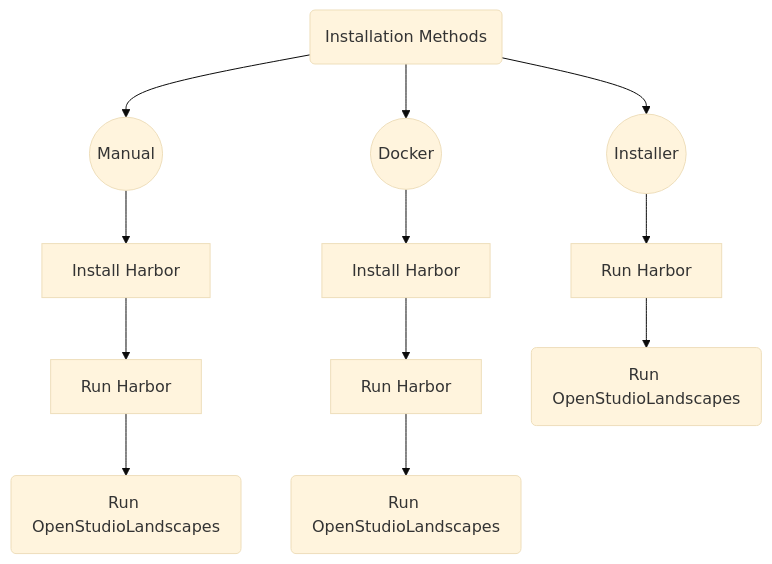
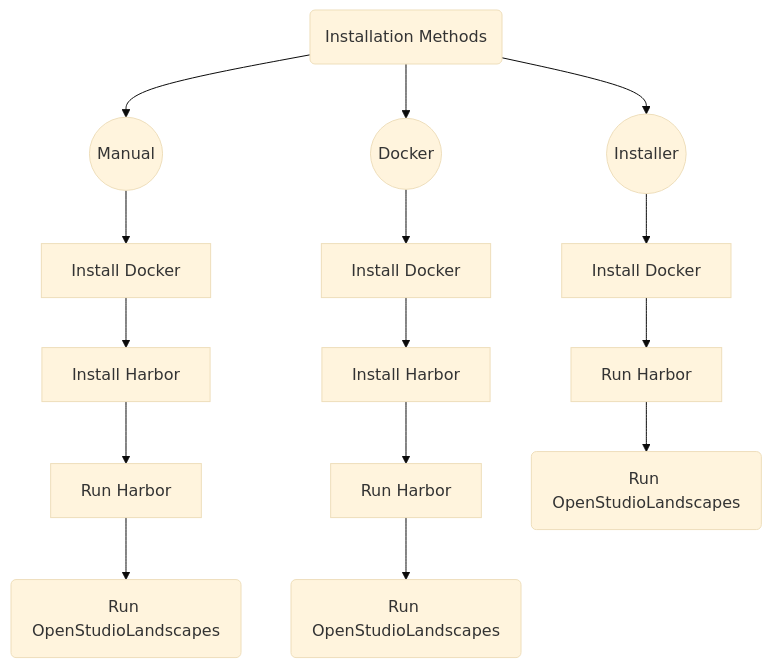
Before and after one commit to michimussato/OpenStudioLandscapes: the diagram in wiki/installation/installation_methods.md, drawn with Mermaid (base theme).

Commit message:
refactor

````diff
--- a/wiki/installation/installation_methods.md
+++ b/wiki/installation/installation_methods.md
@@ -11,42 +11,49 @@
 ```mermaid
 graph TB
     installation_methods(Installation Methods)
     manual((Manual))
     click manual href "https://github.com/michimussato/OpenStudioLandscapes/blob/main/wiki/installation/basic_installation.md#basic-installation"
     docker((Docker))
-    %% click docker href ""
+    click docker href "https://github.com/michimussato/OpenStudioLandscapes/blob/main/wiki/installation/basic_installation.md#install-docker"
     installer_script((Installer))
     click installer_script href "https://github.com/michimussato/OpenStudioLandscapes/blob/main/wiki/installation/basic_installation_from_script.md"
     installation_methods --> manual
     installation_methods --> docker
     installation_methods --> installer_script
+
+    install_docker_manual[Install Docker]
+    click install_docker_manual href "https://github.com/michimussato/OpenStudioLandscapes/blob/main/wiki/installation/basic_installation.md#install-docker"
+    install_docker_docker[Install Docker]
+    click install_docker_docker href "https://github.com/michimussato/OpenStudioLandscapes/blob/main/wiki/installation/basic_installation.md#install-docker"
+    install_docker_script[Install Docker]
+    click install_docker_script href "https://github.com/michimussato/OpenStudioLandscapes/blob/main/wiki/installation/basic_installation.md#install-docker"
     
     install_harbor_manual[Install Harbor]
     click install_harbor_manual href "https://github.com/michimussato/OpenStudioLandscapes/blob/main/wiki/installation/basic_installation.md#harbor"
     install_harbor_docker[Install Harbor]
     click install_harbor_docker href "https://github.com/michimussato/OpenStudioLandscapes/blob/main/wiki/installation/basic_installation.md#harbor"
     %% install_harbor_script[Install Harbor]
     %% click install_harbor_script href "https://github.com/michimussato/OpenStudioLandscapes/blob/main/wiki/installation/basic_installation.md#harbor"
     
     run_harbor_manual[Run Harbor]
     click run_harbor_manual href "https://github.com/michimussato/OpenStudioLandscapes/blob/main/wiki/run/run_harbor.md#up"
     run_harbor_docker[Run Harbor]
     click run_harbor_docker href "https://github.com/michimussato/OpenStudioLandscapes/blob/main/wiki/run/run_harbor.md#up"
     run_harbor_script[Run Harbor]
     click run_harbor_script href "https://github.com/michimussato/OpenStudioLandscapes/blob/main/wiki/run/run_harbor.md#up"
     
     run_manual(Run OpenStudioLandscapes)
     %% click run_docker href ""
     run_docker(Run OpenStudioLandscapes)
     click run_docker href "https://github.com/michimussato/OpenStudioLandscapes/blob/main/wiki/run_openstudiolandscapes/from_docker_image.md"
     run_installer(Run OpenStudioLandscapes)
     %% click run_docker href ""
     
-    manual --> install_harbor_manual 
+    manual --> install_docker_manual --> install_harbor_manual 
     install_harbor_manual --> run_harbor_manual --> run_manual
     
-    docker --> install_harbor_docker
+    docker --> install_docker_docker --> install_harbor_docker
     install_harbor_docker --> run_harbor_docker --> run_docker
     
-    installer_script --> run_harbor_script --> run_installer
+    installer_script --> install_docker_script --> run_harbor_script --> run_installer
 ```
````
